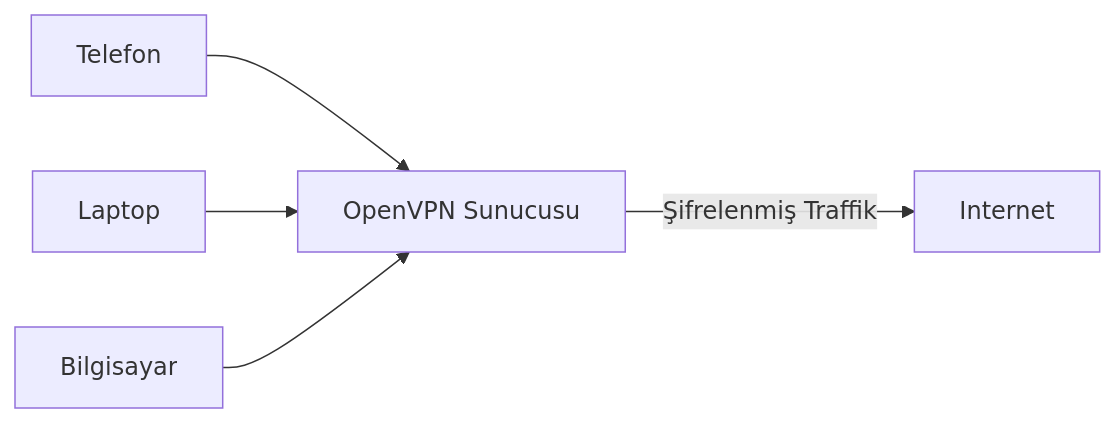
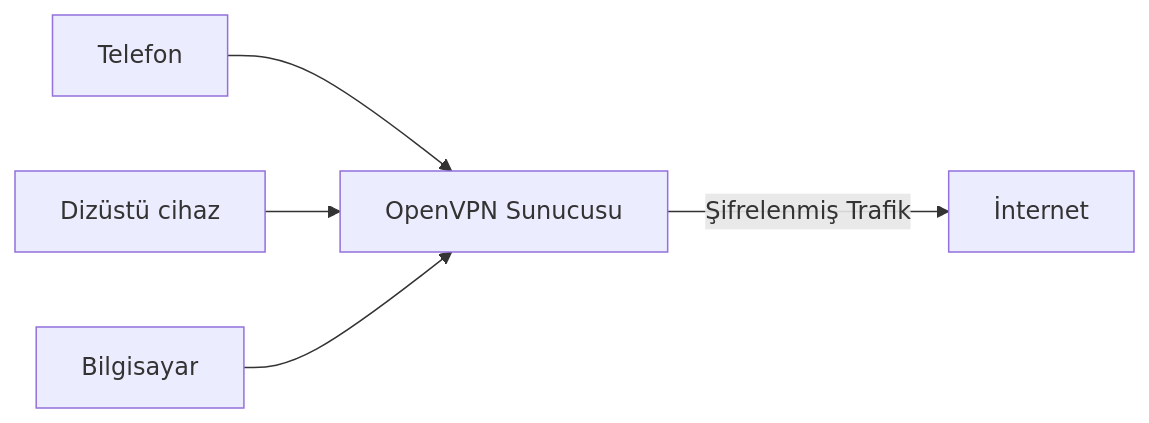
The diagram in README.md (rootlus/openvpn-install-tr), drawn with Mermaid before and after one commit.

````diff
--- a/README.md
+++ b/README.md
@@ -19,10 +19,10 @@
 ```mermaid
 graph LR
   A[Telefon] --> VPN
-  B[Laptop] --> VPN
+  B[Dizüstü cihaz] --> VPN
   C[Bilgisayar] --> VPN
 
   VPN[OpenVPN Sunucusu]
 
-  VPN -->|Şifrelenmiş Traffik| I[Internet]
+  VPN -->|Şifrelenmiş Trafik| I[İnternet]
 ```
````
